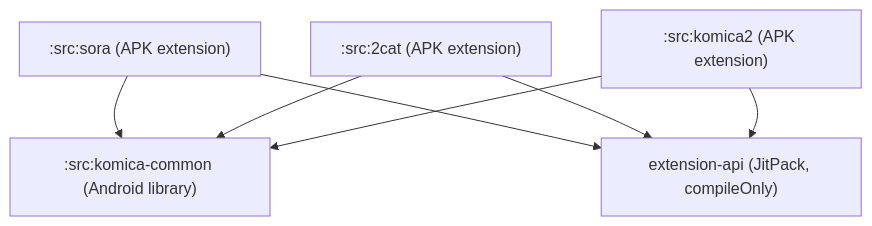
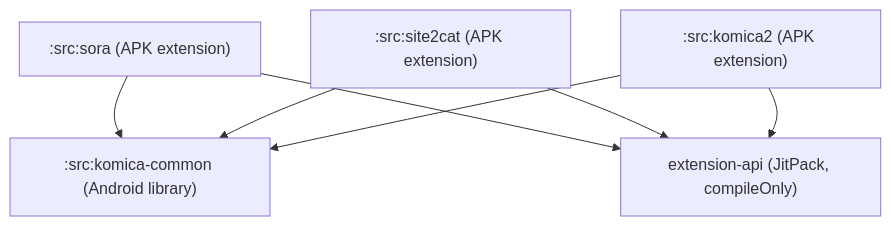
Before and after one commit to komicaviewer/extensions-source: the diagram in src/komica-common/README.md, drawn with Mermaid. The commit also changed other lines of this file and 16 other files, not shown here.

First line of the commit message:
fix(komica-common): rename _2cat to site2cat to comply with Android package name rules

````diff
--- a/src/komica-common/README.md
+++ b/src/komica-common/README.md
@@ -23,15 +23,15 @@
 ```mermaid
 graph TD
     extension-api["extension-api (JitPack, compileOnly)"]
     komica-common[":src:komica-common (Android library)"]
     sora[":src:sora (APK extension)"]
-    _2cat[":src:2cat (APK extension)"]
+    site2cat[":src:site2cat (APK extension)"]
     komica2[":src:komica2 (APK extension)"]
 
     sora --> komica-common
-    _2cat --> komica-common
+    site2cat --> komica-common
     komica2 --> komica-common
     sora --> extension-api
-    _2cat --> extension-api
+    site2cat --> extension-api
     komica2 --> extension-api
 ```
````
